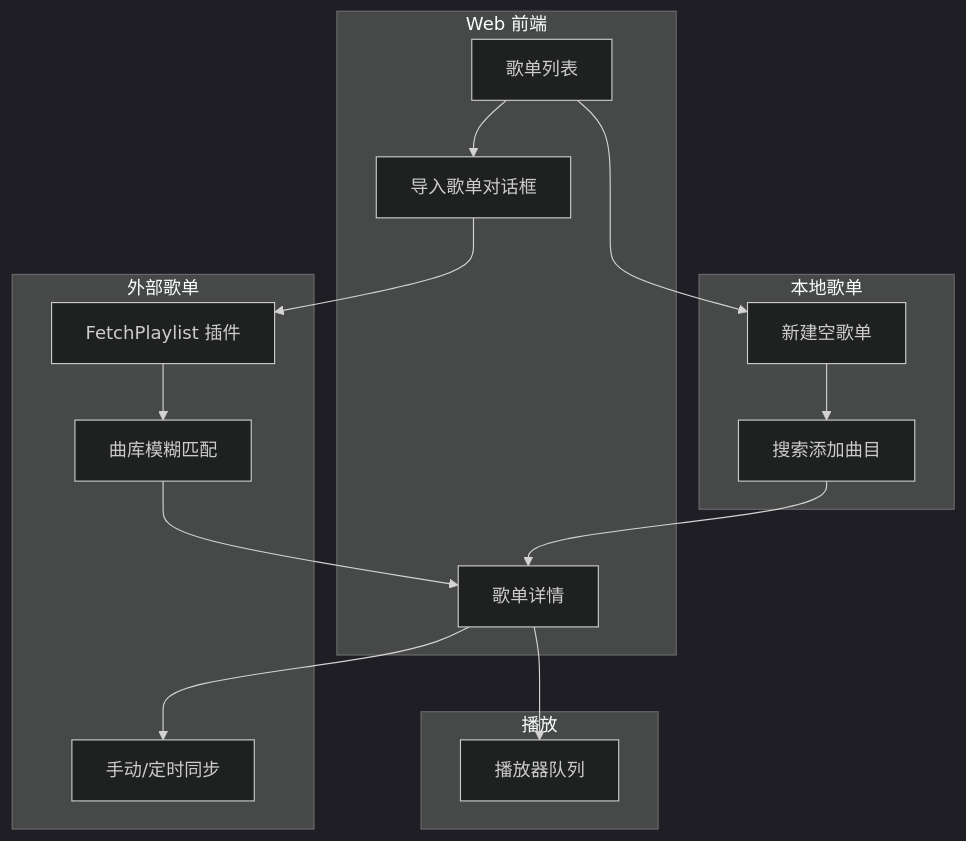
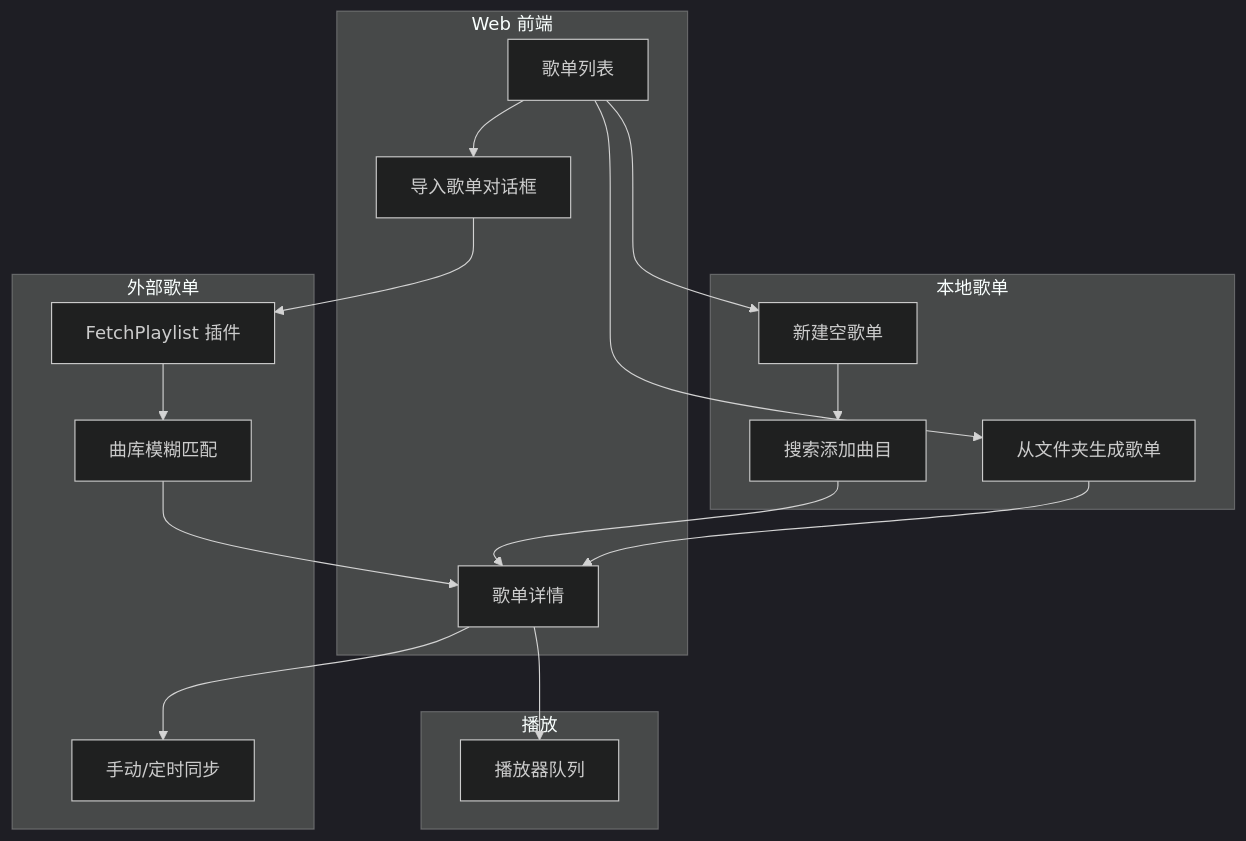
The diagram in docs/playlist.md (AnsGoo/music-free-site), drawn with Mermaid (dark theme) before and after one commit. The commit also changed other lines of this file and 2 other files, not shown here.

Commit message:
feature: 添加从音乐文件夹一键生成歌单功能，更新相关文档与示例图片

````diff
--- a/docs/playlist.md
+++ b/docs/playlist.md
@@ -20,28 +20,30 @@
 ```mermaid
 flowchart TB
   subgraph ui [Web 前端]
     L[歌单列表]
     D[歌单详情]
     I[导入歌单对话框]
   end
   subgraph local [本地歌单]
     C[新建空歌单]
     A[搜索添加曲目]
+    F[从文件夹生成歌单]
   end
   subgraph external [外部歌单]
     P[FetchPlaylist 插件]
     M[曲库模糊匹配]
     S[手动/定时同步]
   end
   subgraph play [播放]
     Q[播放器队列]
   end
   L --> C
+  L --> F --> D
   L --> I
   I --> P
   P --> M
   M --> D
   C --> A --> D
   D --> S
   D --> Q
 ```
````
